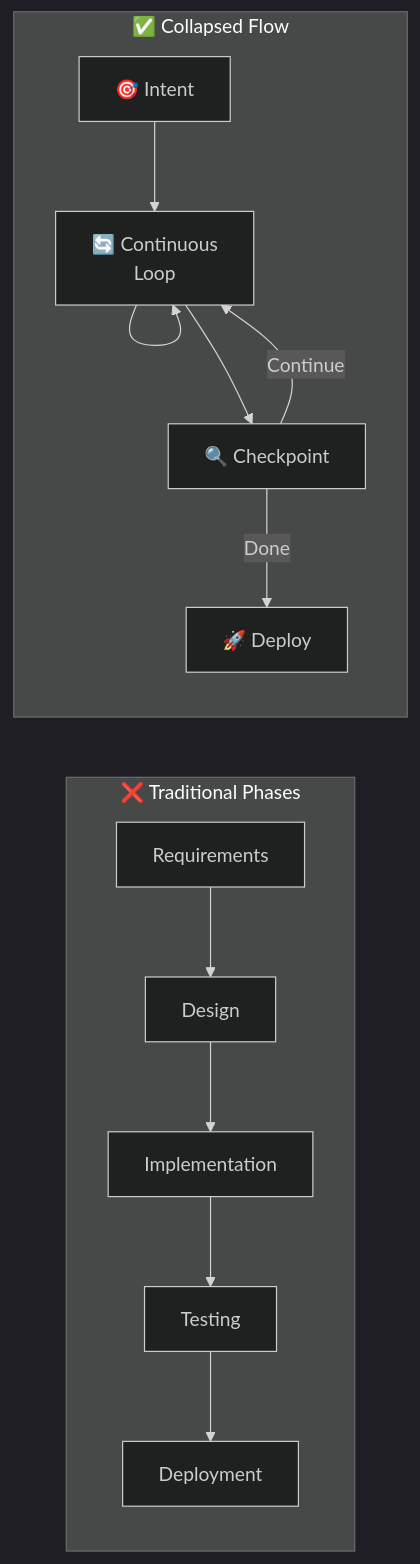
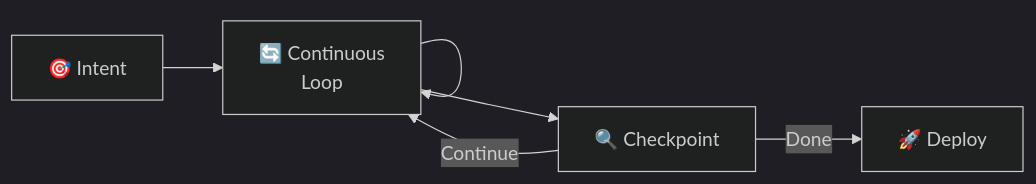
Before and after one commit to TheBushidoCollective/han: the fourth of 12 diagrams in website/content/papers/ai-dlc-2026.md, drawn with Mermaid (dark theme). The commit also changed other lines of this file, not shown here.

Commit message:
feat(website): improve Traditional vs Collapsed Flow diagram layout
- Separate Traditional Phases and Collapsed Flow into distinct sections
- Add clear section headers (#### level) for each approach
- Position explanatory text with each diagram for better context
- Stack diagrams vertically for easier comparison
- Remove subgraph wrapper to show diagrams independently

This makes the contrast between sequential phases and continuous flow much clearer.

````diff
--- a/website/content/papers/ai-dlc-2026.md
+++ b/website/content/papers/ai-dlc-2026.md
@@ -190,17 +204,8 @@
 ```mermaid
 flowchart LR
-    subgraph Traditional["❌ Traditional Phases"]
-        T1["Requirements"] --> T2["Design"]
-        T2 --> T3["Implementation"]
-        T3 --> T4["Testing"]
-        T4 --> T5["Deployment"]
-    end
-
-    subgraph Collapsed["✅ Collapsed Flow"]
-        C1["🎯 Intent"] --> C2["🔄 Continuous<br/>Loop"]
-        C2 --> C2
-        C2 --> C3["🔍 Checkpoint"]
-        C3 -->|"Continue"| C2
-        C3 -->|"Done"| C4["🚀 Deploy"]
-    end
+    C1["🎯 Intent"] --> C2["🔄 Continuous<br/>Loop"]
+    C2 --> C2
+    C2 --> C3["🔍 Checkpoint"]
+    C3 -->|"Continue"| C2
+    C3 -->|"Done"| C4["🚀 Deploy"]
 ```
````
